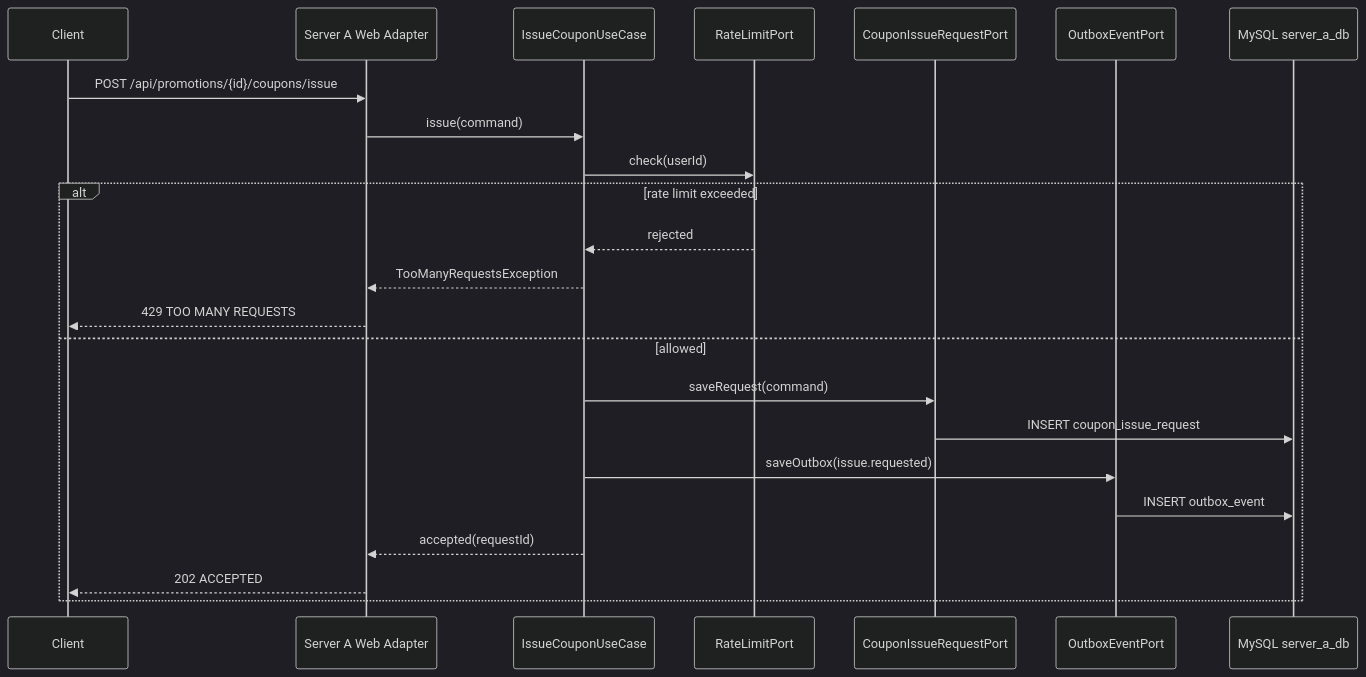
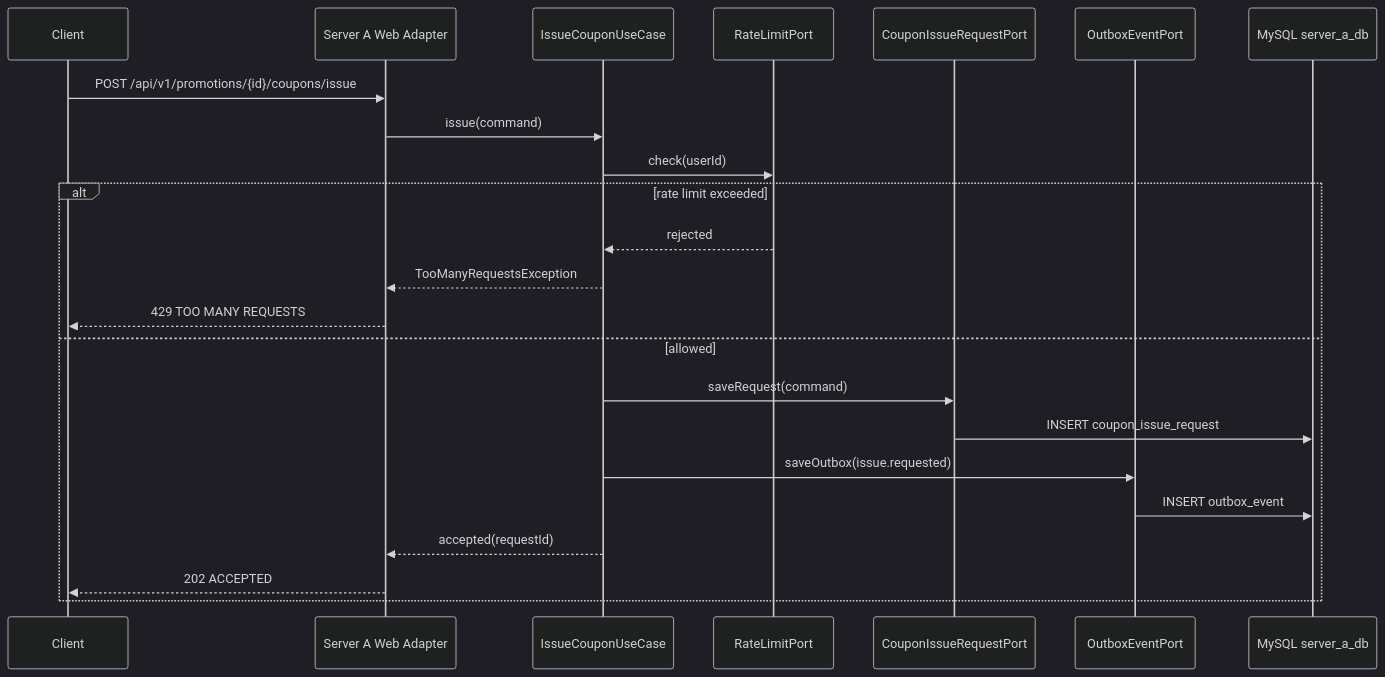
The first of 7 diagrams in docs/02-sequence-diagrams.md (yht0827/promotion-dispatcher), drawn with Mermaid (dark theme) before and after one commit. The commit also changed 30 other files, not shown here.

````diff
--- a/docs/02-sequence-diagrams.md
+++ b/docs/02-sequence-diagrams.md
@@ -19,27 +19,27 @@
 ```mermaid
 sequenceDiagram
     participant C as Client
     participant API as Server A Web Adapter
     participant UC as IssueCouponUseCase
     participant RL as RateLimitPort
     participant RP as CouponIssueRequestPort
     participant OP as OutboxEventPort
     participant DB as MySQL server_a_db
 
-    C->>API: POST /api/promotions/{id}/coupons/issue
+    C->>API: POST /api/v1/promotions/{id}/coupons/issue
     API->>UC: issue(command)
     UC->>RL: check(userId)
 
     alt rate limit exceeded
         RL-->>UC: rejected
         UC-->>API: TooManyRequestsException
         API-->>C: 429 TOO MANY REQUESTS
     else allowed
         UC->>RP: saveRequest(command)
         RP->>DB: INSERT coupon_issue_request
         UC->>OP: saveOutbox(issue.requested)
         OP->>DB: INSERT outbox_event
         UC-->>API: accepted(requestId)
         API-->>C: 202 ACCEPTED
     end
 ```
````
